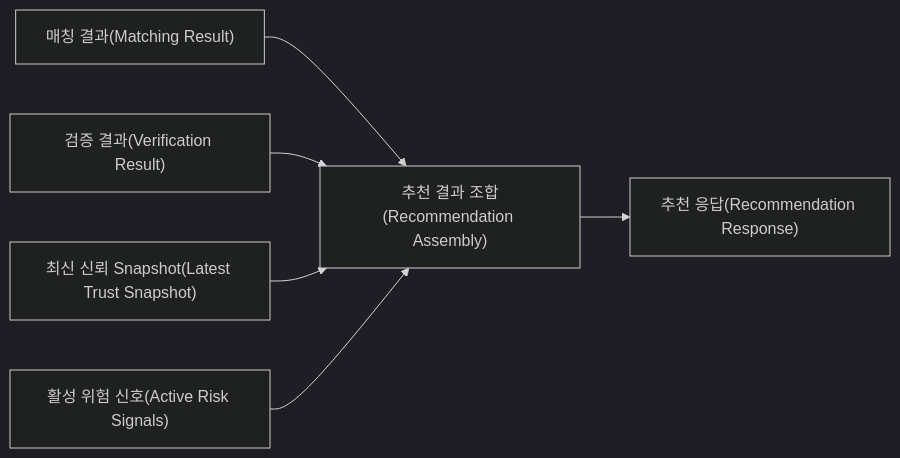
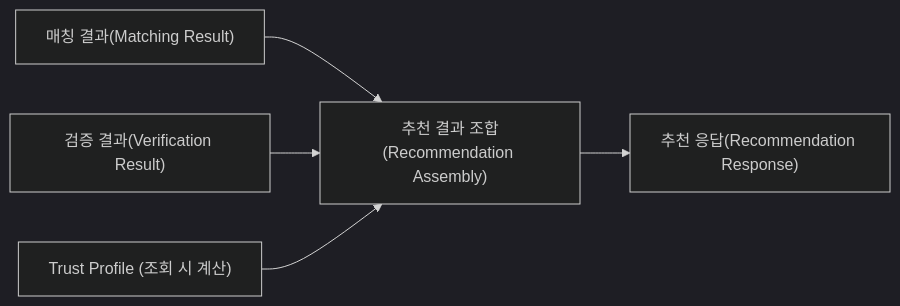
One commit to nsuCapstoneTeam/NSU_CAPSTONE changed the third of 4 diagrams in docs/adr/artist_trust_architecture/06_database_and_implementation_roadmap.md. Above: the diagram before and after it, drawn with Mermaid (dark theme). The commit also changed other lines of this file and 13 other files, not shown here.

````diff
--- a/docs/adr/artist_trust_architecture/06_database_and_implementation_roadmap.md
+++ b/docs/adr/artist_trust_architecture/06_database_and_implementation_roadmap.md
@@ -437,14 +459,12 @@
 ```mermaid
 flowchart LR
     Matching["매칭 결과(Matching Result)"]
     Verification["검증 결과(Verification Result)"]
-    Trust["최신 신뢰 Snapshot(Latest Trust Snapshot)"]
-    Risk["활성 위험 신호(Active Risk Signals)"]
+    Profile["Trust Profile (조회 시 계산)"]
 
     Matching --> Assemble["추천 결과 조합(Recommendation Assembly)"]
     Verification --> Assemble
-    Trust --> Assemble
-    Risk --> Assemble
+    Profile --> Assemble
 
     Assemble --> Response["추천 응답(Recommendation Response)"]
 ```
````
